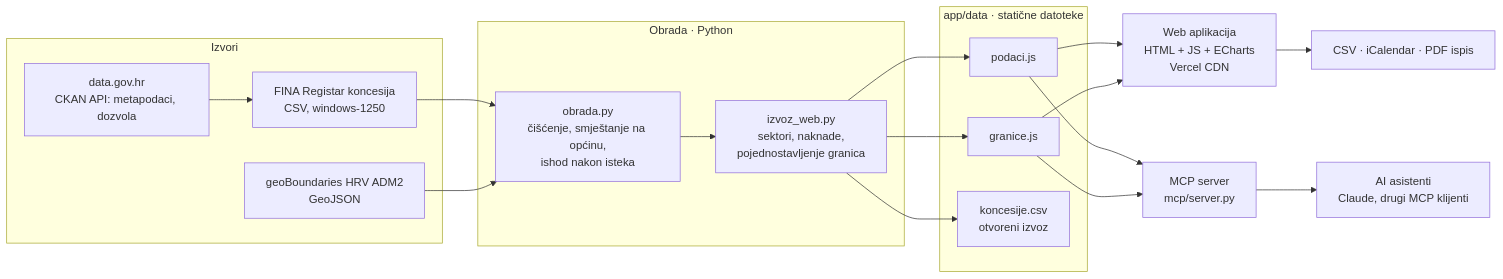
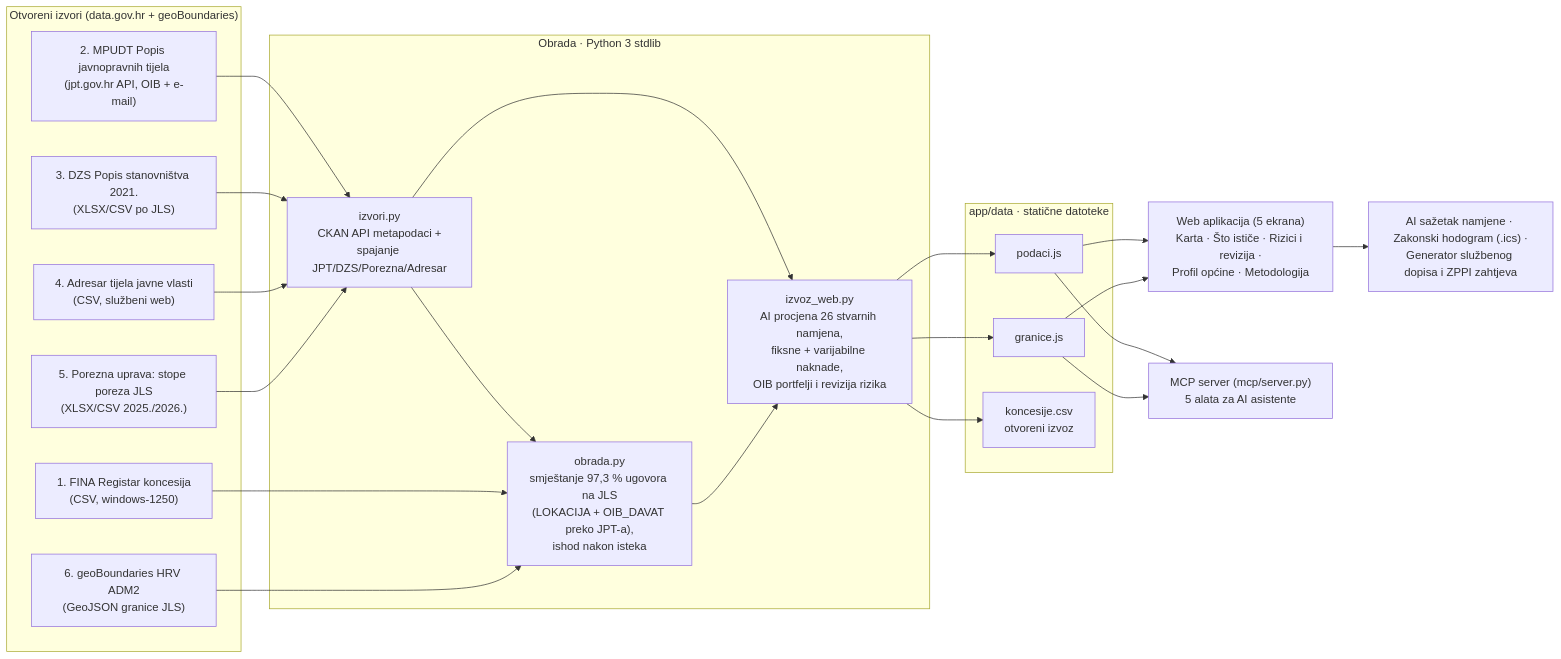
The diagram in docs/ARHITEKTURA.md (LovroBlagic/concessum), drawn with Mermaid before and after one commit. The commit also changed other lines of this file and 845 other files, not shown here.

Commit message:
AI sažetak stvarne namjene, 5 izvora data.gov.hr, revizija rizika i zakonski hodogram

````diff
--- a/docs/ARHITEKTURA.md
+++ b/docs/ARHITEKTURA.md
@@ -7,22 +7,26 @@
 ```mermaid
 flowchart LR
-  subgraph Izvori
-    A[data.gov.hr<br/>CKAN API: metapodaci, dozvola] --> B[FINA Registar koncesija<br/>CSV, windows-1250]
-    C[geoBoundaries HRV ADM2<br/>GeoJSON]
+  subgraph Izvori ["Otvoreni izvori (data.gov.hr + geoBoundaries)"]
+    A1["1. FINA Registar koncesija<br/>(CSV, windows-1250)"]
+    A2["2. MPUDT Popis javnopravnih tijela<br/>(jpt.gov.hr API, OIB + e-mail)"]
+    A3["3. DZS Popis stanovništva 2021.<br/>(XLSX/CSV po JLS)"]
+    A4["4. Adresar tijela javne vlasti<br/>(CSV, službeni web)"]
+    A5["5. Porezna uprava: stope poreza JLS<br/>(XLSX/CSV 2025./2026.)"]
+    C["6. geoBoundaries HRV ADM2<br/>(GeoJSON granice JLS)"]
   end
-  subgraph Obrada [Obrada · Python]
-    D[obrada.py<br/>čišćenje, smještanje na općinu,<br/>ishod nakon isteka]
-    E[izvoz_web.py<br/>sektori, naknade,<br/>pojednostavljenje granica]
+  subgraph Obrada ["Obrada · Python 3 stdlib"]
+    I["izvori.py<br/>CKAN API metapodaci +<br/>spajanje JPT/DZS/Porezna/Adresar"]
+    D["obrada.py<br/>smještanje 97,3 % ugovora na JLS<br/>(LOKACIJA + OIB_DAVAT preko JPT-a),<br/>ishod nakon isteka"]
+    E["izvoz_web.py<br/>AI procjena 26 stvarnih namjena,<br/>fiksne + varijabilne naknade,<br/>OIB portfelji i revizija rizika"]
   end
-  subgraph Objava [app/data · statične datoteke]
-    F[podaci.js]
-    G[granice.js]
-    H[koncesije.csv<br/>otvoreni izvoz]
+  subgraph Objava ["app/data · statične datoteke"]
+    F["podaci.js"]
+    G["granice.js"]
+    H["koncesije.csv<br/>otvoreni izvoz"]
   end
-  B --> D
-  C --> D --> E --> F & G & H
-  F & G --> I[Web aplikacija<br/>HTML + JS + ECharts<br/>Vercel CDN]
-  F & G --> J[MCP server<br/>mcp/server.py]
-  J --> K[AI asistenti<br/>Claude, drugi MCP klijenti]
-  I --> L[CSV · iCalendar · PDF ispis]
+  A2 & A3 & A4 & A5 --> I --> D & E
+  A1 & C --> D --> E --> F & G & H
+  F & G --> W["Web aplikacija (5 ekrana)<br/>Karta · Što ističe · Rizici i revizija ·<br/>Profil općine · Metodologija"]
+  F & G --> M["MCP server (mcp/server.py)<br/>5 alata za AI asistente"]
+  W --> X["AI sažetak namjene · Zakonski hodogram (.ics) ·<br/>Generator službenog dopisa i ZPPI zahtjeva"]
 ```
````
